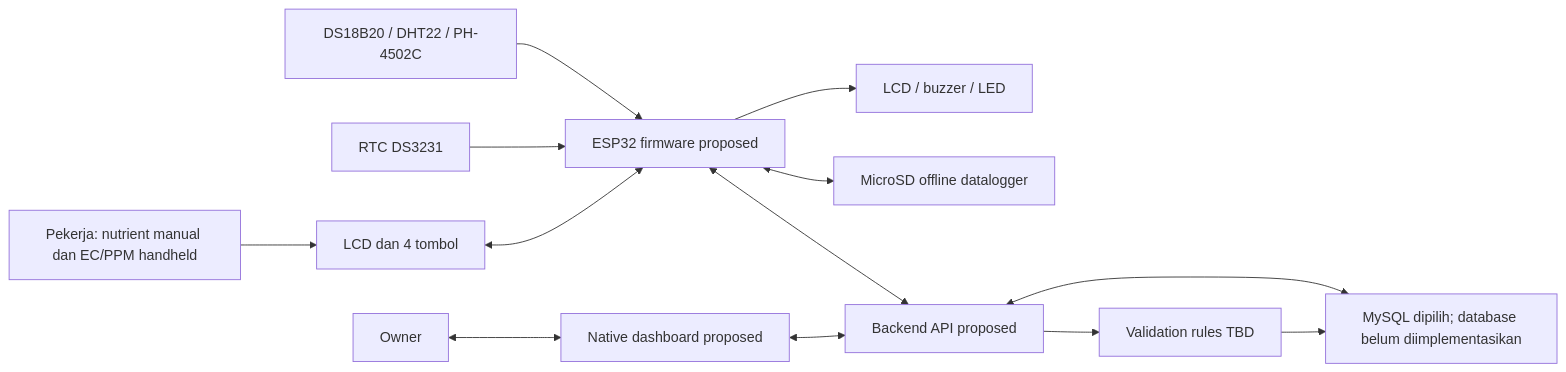
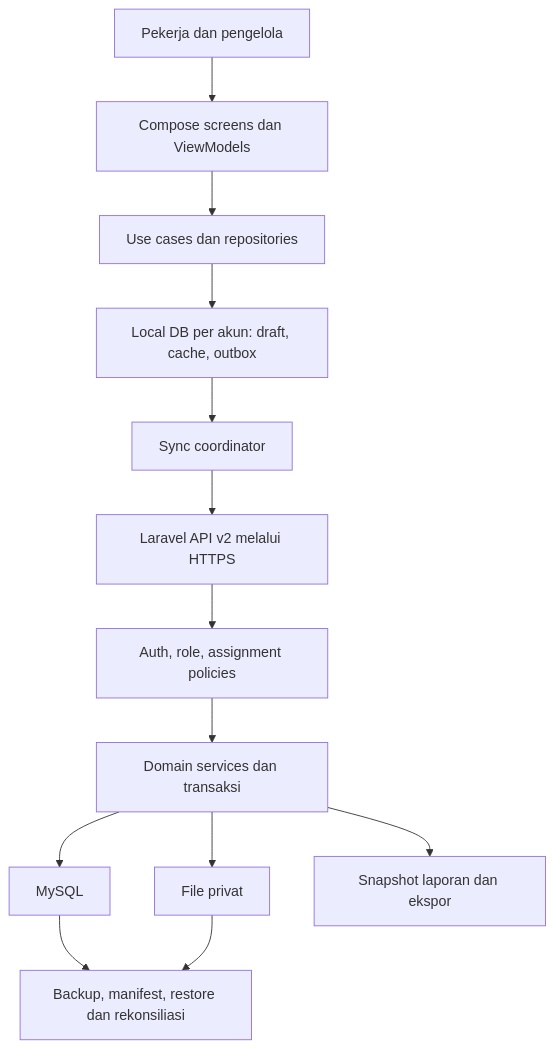
The diagram in docs/context/ARCHITECTURE.md (Andikarya17/Inofarm_Jogja_Capstone), drawn with Mermaid before and after one commit. The commit also changed other lines of this file and 38 other files, not shown here.

````diff
--- a/docs/context/ARCHITECTURE.md
+++ b/docs/context/ARCHITECTURE.md
@@ -154,15 +19,15 @@
 ```mermaid
-flowchart LR
-  Sensors[DS18B20 / DHT22 / PH-4502C] --> ESP[ESP32 firmware proposed]
-  RTC[RTC DS3231] --> ESP
-  Worker[Pekerja: nutrient manual dan EC/PPM handheld] --> Buttons[LCD dan 4 tombol]
-  Buttons <--> ESP
-  ESP --> Alarm[LCD / buzzer / LED]
-  ESP <--> SD[MicroSD offline datalogger]
-  ESP <--> API[Backend API proposed]
-  API <--> DB[MySQL dipilih; database belum diimplementasikan]
-  API --> Validation[Validation rules TBD]
-  Validation --> DB
-  Owner[Owner] <--> Android[Native dashboard proposed]
-  Android <--> API
+flowchart TD
+  U[Pekerja dan pengelola] --> C[Compose screens dan ViewModels]
+  C --> D[Use cases dan repositories]
+  D --> L[Local DB per akun: draft, cache, outbox]
+  L --> W[Sync coordinator]
+  W --> A[Laravel API v2 melalui HTTPS]
+  A --> P[Auth, role, assignment policies]
+  P --> S[Domain services dan transaksi]
+  S --> M[MySQL]
+  S --> F[File privat]
+  S --> R[Snapshot laporan dan ekspor]
+  M --> B[Backup, manifest, restore dan rekonsiliasi]
+  F --> B
 ```
````
